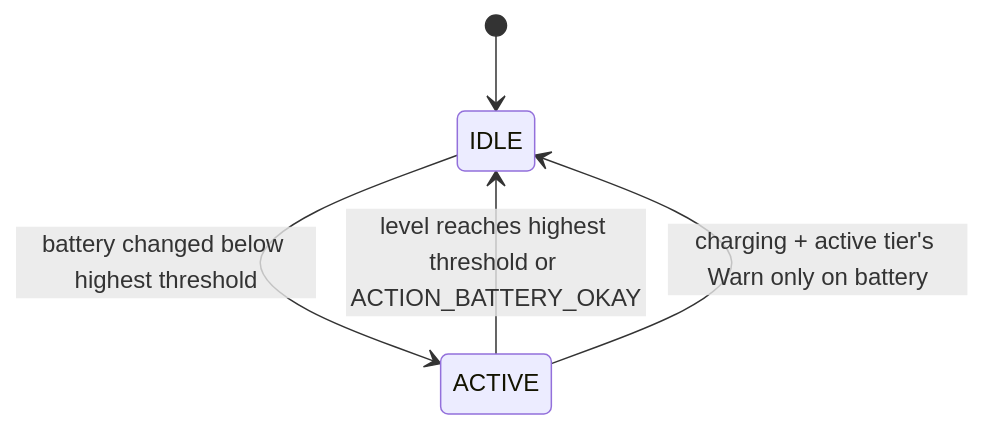
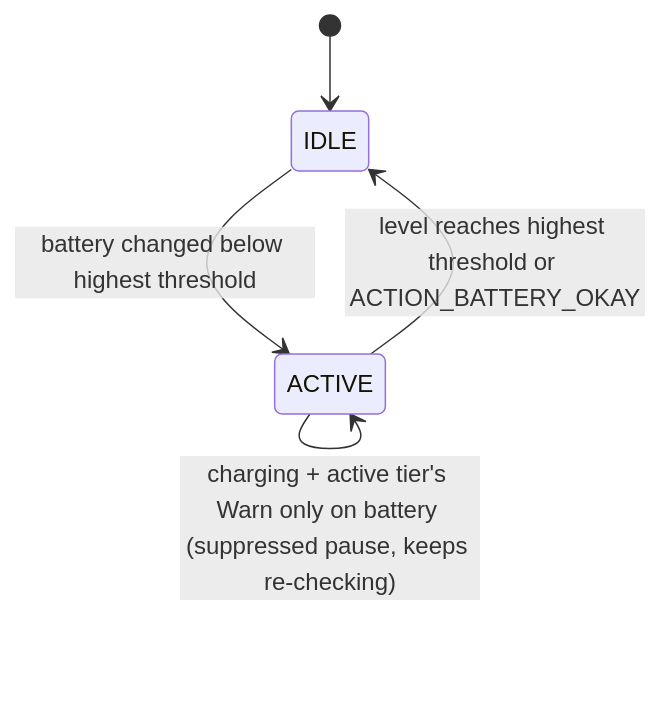
One commit to Mr-Pi/android_batt_warn changed the first of 2 diagrams in docs/architecture.md. Above: the diagram before and after it, drawn with Mermaid. The commit also changed other lines of this file and 4 other files, not shown here.

````diff
--- a/docs/architecture.md
+++ b/docs/architecture.md
@@ -20,7 +20,7 @@
 ```mermaid
 stateDiagram-v2
     [*] --> IDLE
     IDLE --> ACTIVE: battery changed below highest threshold
     ACTIVE --> IDLE: level reaches highest threshold or ACTION_BATTERY_OKAY
-    ACTIVE --> IDLE: charging + active tier's Warn only on battery
+    ACTIVE --> ACTIVE: charging + active tier's Warn only on battery (suppressed pause, keeps re-checking)
 ```
````
